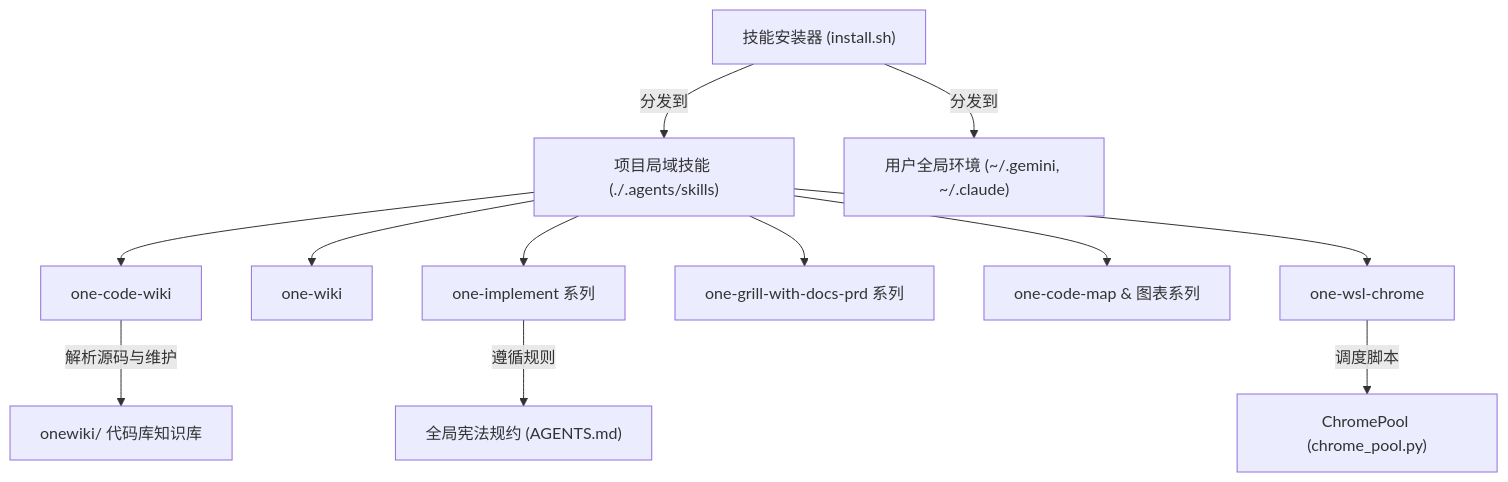
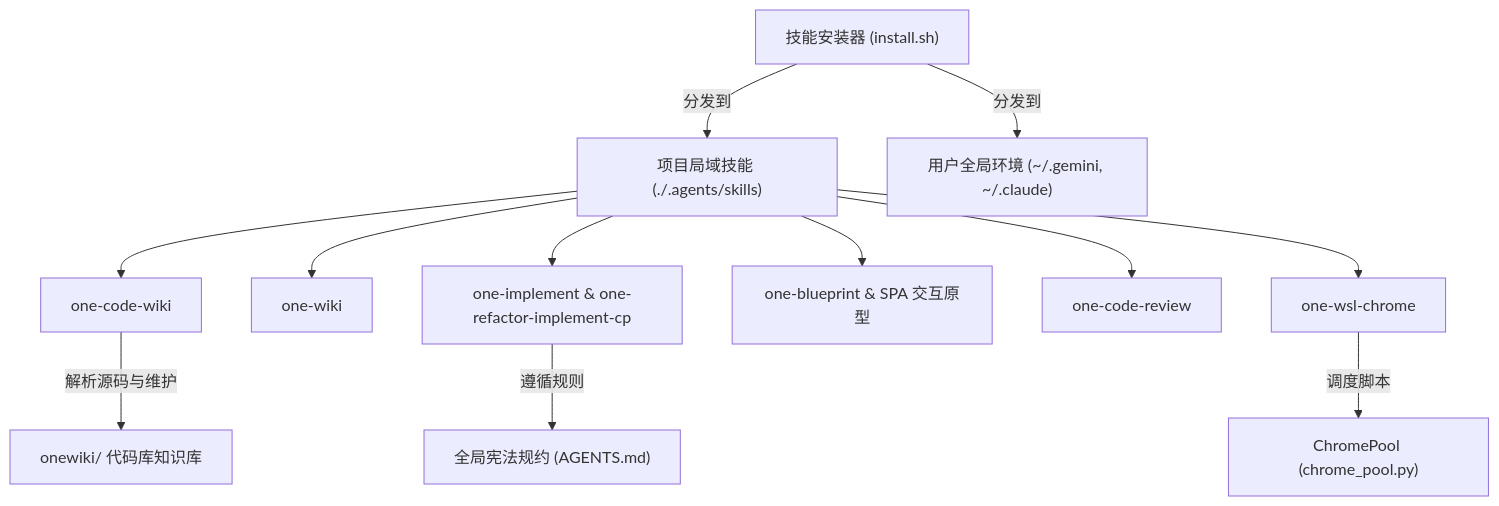
One commit to wupengbo125/one-skills changed the diagram in onewiki/index.md. Above: the diagram before and after it, drawn with Mermaid. The commit also changed other lines of this file and 13 other files, not shown here.

Commit message:
refactor: 彻底清理所有 PRD 残留，确立 SPA 单页原型与 BLUEPRINT 活蓝图

````diff
--- a/onewiki/index.md
+++ b/onewiki/index.md
@@ -32,16 +32,16 @@
 ```mermaid
 flowchart TD
     Installer["技能安装器 (install.sh)"] -->|分发到| AgentsDir["项目局域技能 (./.agents/skills)"]
     Installer -->|分发到| UserGlobal["用户全局环境 (~/.gemini, ~/.claude)"]
     
     AgentsDir --> CodeWiki["one-code-wiki"]
     AgentsDir --> LLMWiki["one-wiki"]
-    AgentsDir --> Impl["one-implement 系列"]
-    AgentsDir --> Grill["one-grill-with-docs-prd 系列"]
-    AgentsDir --> Vis["one-code-map & 图表系列"]
+    AgentsDir --> Impl["one-implement & one-refactor-implement-cp"]
+    AgentsDir --> Blueprint["one-blueprint & SPA 交互原型"]
+    AgentsDir --> Review["one-code-review"]
     AgentsDir --> Chrome["one-wsl-chrome"]
     
     CodeWiki -->|解析源码与维护| OneWikiDir["onewiki/ 代码库知识库"]
     Impl -->|遵循规则| Rules["全局宪法规约 (AGENTS.md)"]
     Chrome -->|调度脚本| ChromePool["ChromePool (chrome_pool.py)"]
 ```
````
